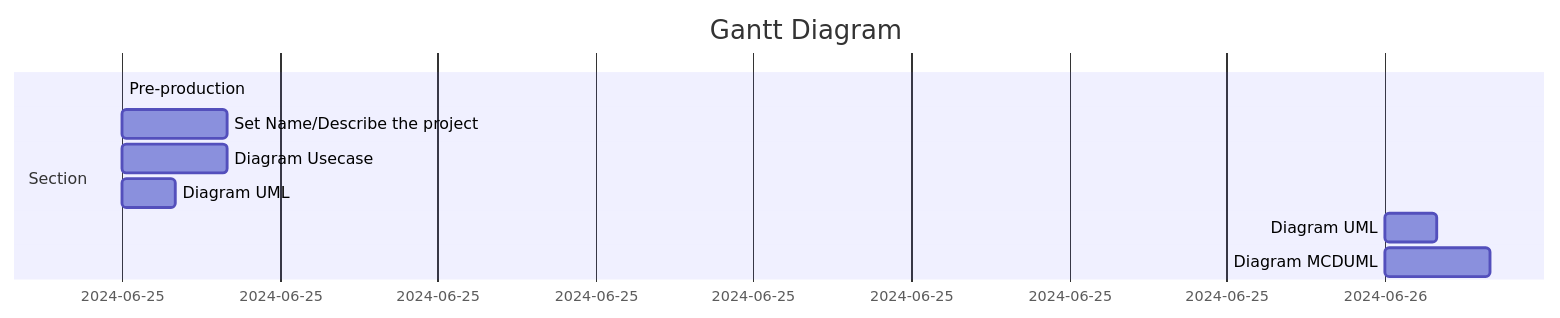
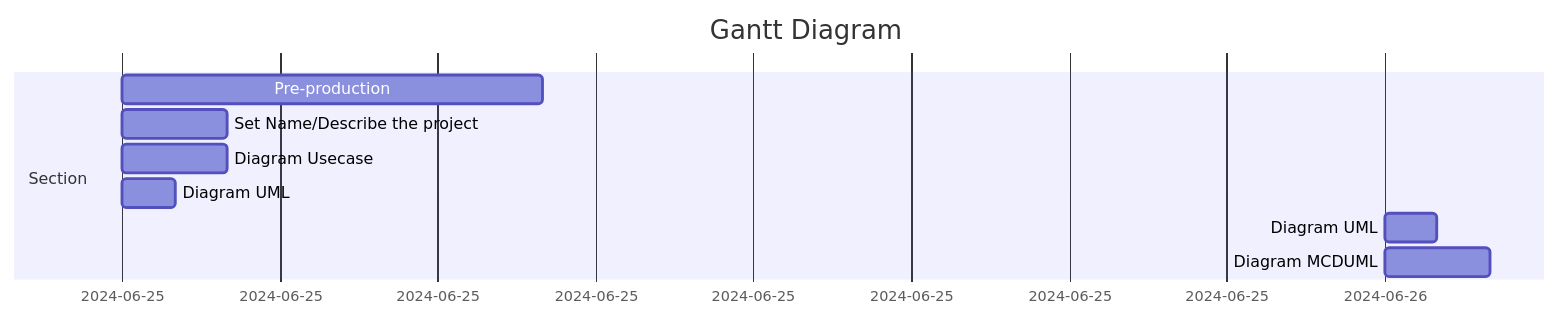
Before and after one commit to JameS-Gmz/api-Rest: the first of 3 diagrams in README.md, drawn with Mermaid.

````diff
--- a/README.md
+++ b/README.md
@@ -48,14 +48,14 @@
 ```mermaid
 gantt
     title Gantt Diagram
     dateFormat  YYYY-MM-DD
 
     section Section
-    Pre-production   :a1, 2024-06-25, 8hh
+    Pre-production   :a1, 2024-06-25, 8h
     Set Name/Describe the project     :a2, 2024-06-25, 2h
     Diagram Usecase     :a3, 2024-06-25, 2h
     Diagram UML : a4, 2024-06-25, 1h
     Diagram UML : a5, 2024-06-26, 1h
     Diagram MCDUML : a6, 2024-06-26, 2h
 
 ```
````
